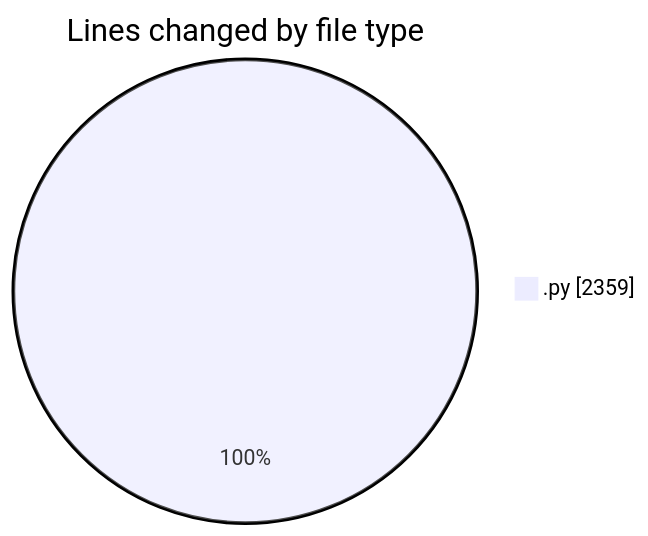
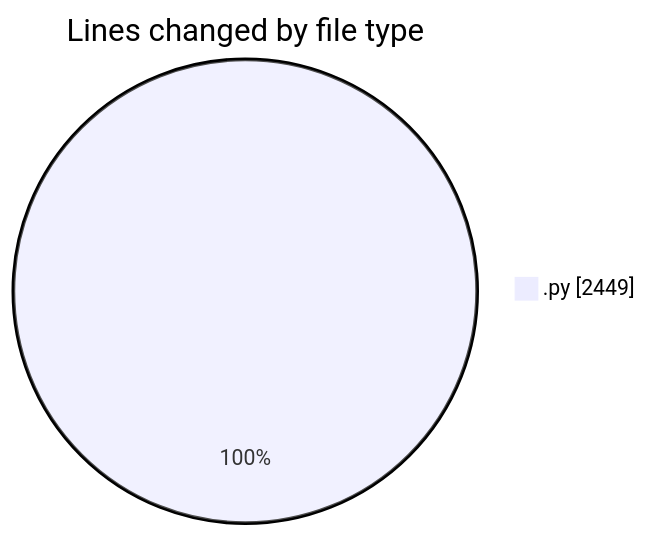
The first of 2 diagrams in 2025-03-01/myws__workspace_/README.md (MatusMokan/code-tracking), drawn with Mermaid before and after one commit. The commit also changed other lines of this file and 1 other file, not shown here.

````diff
--- a/2025-03-01/myws__workspace_/README.md
+++ b/2025-03-01/myws__workspace_/README.md
@@ -24,5 +24,5 @@
 ```mermaid
 pie showData
 title Lines changed by file type
-".py" : 2359
+".py" : 2449
 ```
````
